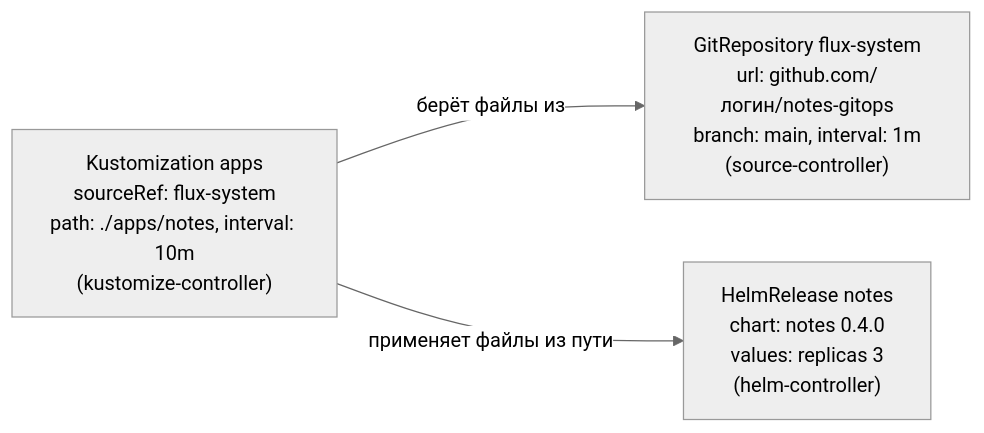
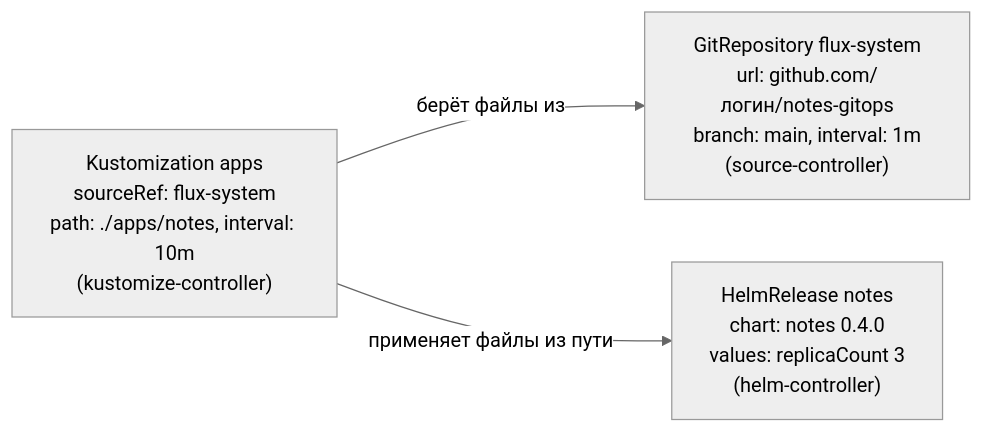
One commit to distinguished-sre/learning changed the third of 6 diagrams in devops/09-secrets-gitops/03-gitops-flux.md. Above: the diagram before and after it, drawn with Mermaid (neutral theme). The commit also changed other lines of this file and 462 other files, not shown here.

````diff
--- a/devops/09-secrets-gitops/03-gitops-flux.md
+++ b/devops/09-secrets-gitops/03-gitops-flux.md
@@ -160,8 +160,8 @@
 ```mermaid
 flowchart LR
     GR["GitRepository flux-system<br>url: github.com/логин/notes-gitops<br>branch: main, interval: 1m<br>(source-controller)"]
     KU["Kustomization apps<br>sourceRef: flux-system<br>path: ./apps/notes, interval: 10m<br>(kustomize-controller)"]
-    HR["HelmRelease notes<br>chart: notes 0.4.0<br>values: replicas 3<br>(helm-controller)"]
+    HR["HelmRelease notes<br>chart: notes 0.4.0<br>values: replicaCount 3<br>(helm-controller)"]
     KU -->|"берёт файлы из"| GR
     KU -->|"применяет файлы из пути"| HR
 ```
````
